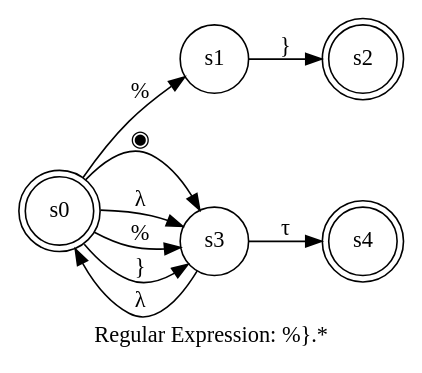
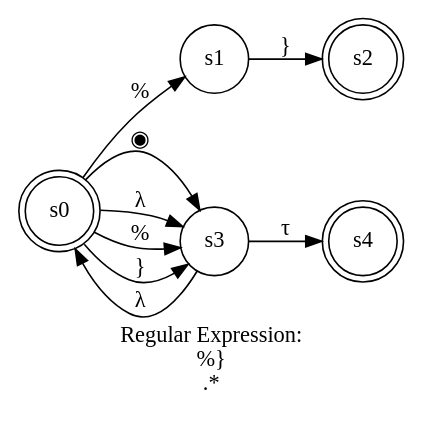
The diagram in ref/n2_2002.gv (pschlump/lexie), drawn with Graphviz before and after one commit. The commit also changed 93 other files, not shown here.

```diff
--- a/ref/n2_2002.gv
+++ b/ref/n2_2002.gv
@@ -1,15 +1,18 @@
 digraph finite_state_machine {
-	label="Regular Expression: %}.*";
+	label="Regular Expression: \n%}
+.*
+
+";
 	rankdir=LR;
 	size="8,5"
 	node [shape = doublecircle]; s0 s2 s4;
 	node [shape = circle];
 	s0 -> s1 [ label = "%" ];
 	s0 -> s3 [ label = "◉" ];
 	s0 -> s3 [ label = "λ" ];
 	s0 -> s3 [ label = "%" ];
 	s0 -> s3 [ label = "}" ];
 	s1 -> s2 [ label = "}" ];
 	s3 -> s0 [ label = "λ" ];
 	s3 -> s4 [ label = "τ" ];
 }
```
